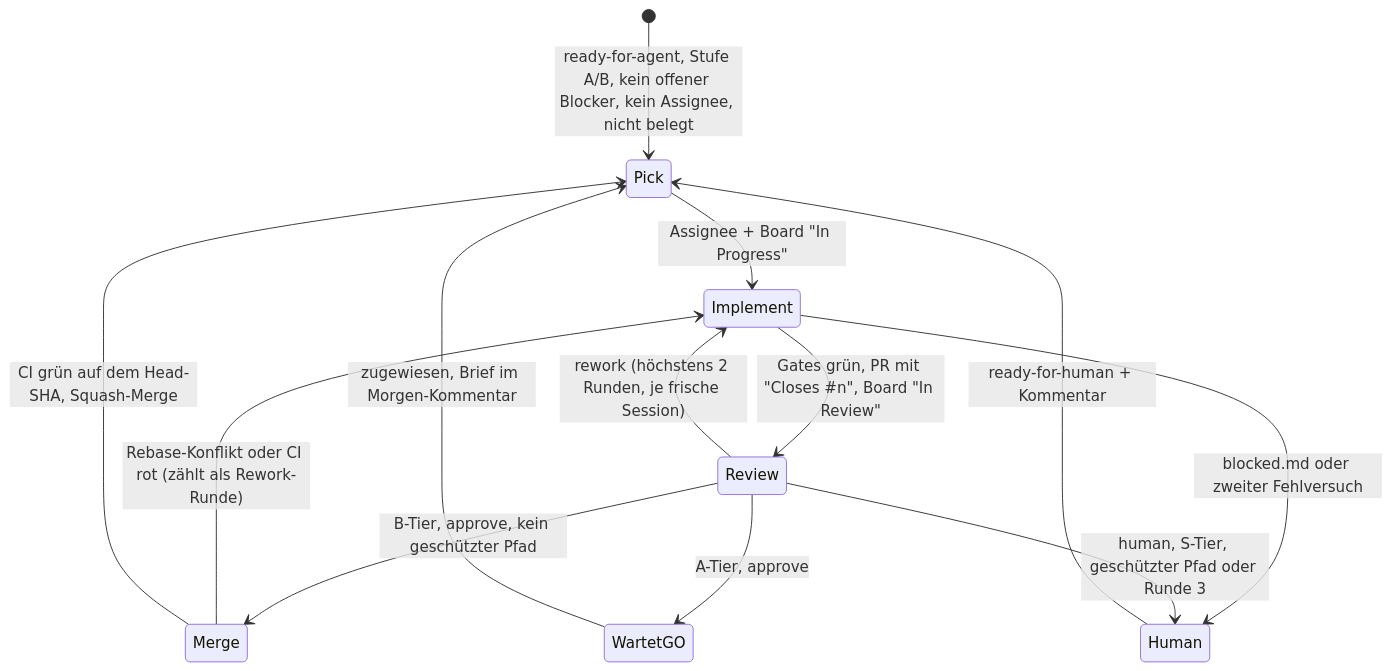
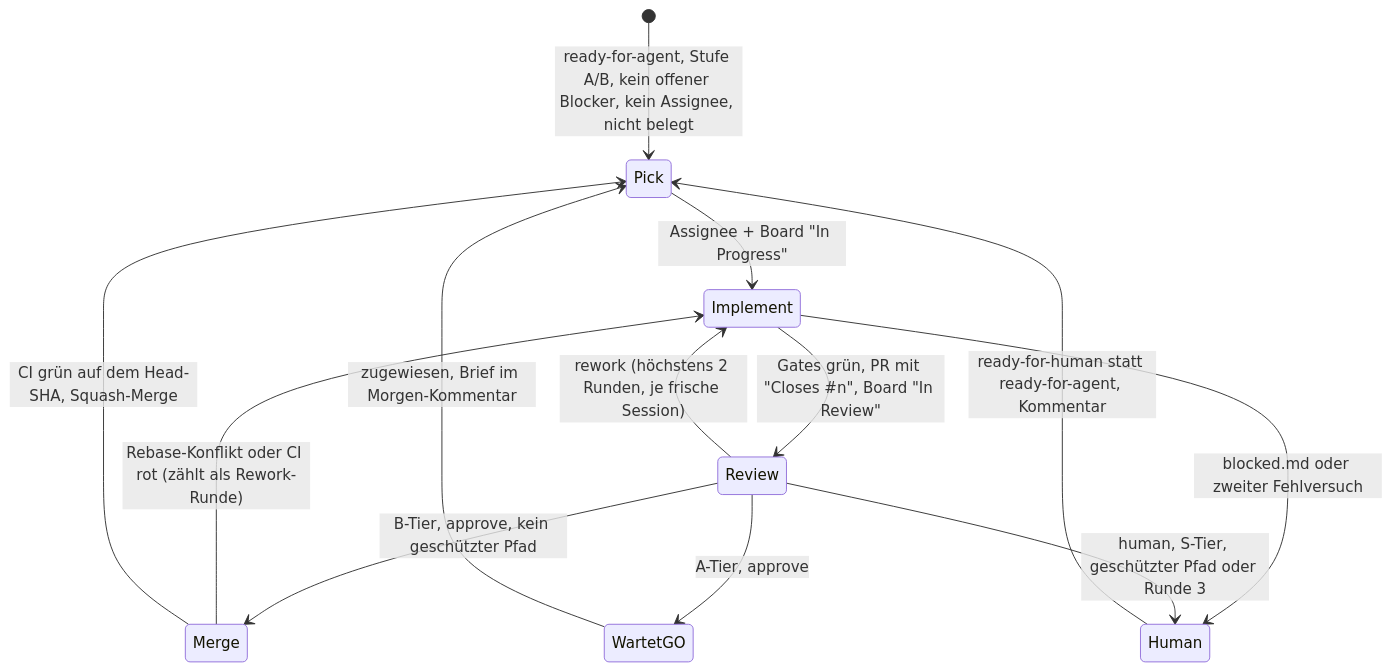
The diagram in docs/agents/dev-loop.md (croesnick/kommunalpolitik_ki), drawn with Mermaid before and after one commit. The commit also changed other lines of this file and 7 other files, not shown here.

````diff
--- a/docs/agents/dev-loop.md
+++ b/docs/agents/dev-loop.md
@@ -7,15 +7,15 @@
 ```mermaid
 stateDiagram-v2
     [*] --> Pick: ready-for-agent, Stufe A/B, kein offener Blocker, kein Assignee, nicht belegt
     Pick --> Implement: Assignee + Board "In Progress"
     Implement --> Review: Gates grün, PR mit "Closes #n", Board "In Review"
     Implement --> Human: blocked.md oder zweiter Fehlversuch
     Review --> Implement: rework (höchstens 2 Runden, je frische Session)
     Review --> Merge: B-Tier, approve, kein geschützter Pfad
     Review --> WartetGO: A-Tier, approve
     Review --> Human: human, S-Tier, geschützter Pfad oder Runde 3
     Merge --> Implement: Rebase-Konflikt oder CI rot (zählt als Rework-Runde)
     Merge --> Pick: CI grün auf dem Head-SHA, Squash-Merge
     WartetGO --> Pick: zugewiesen, Brief im Morgen-Kommentar
-    Human --> Pick: ready-for-human + Kommentar
+    Human --> Pick: ready-for-human statt ready-for-agent, Kommentar
 ```
````
